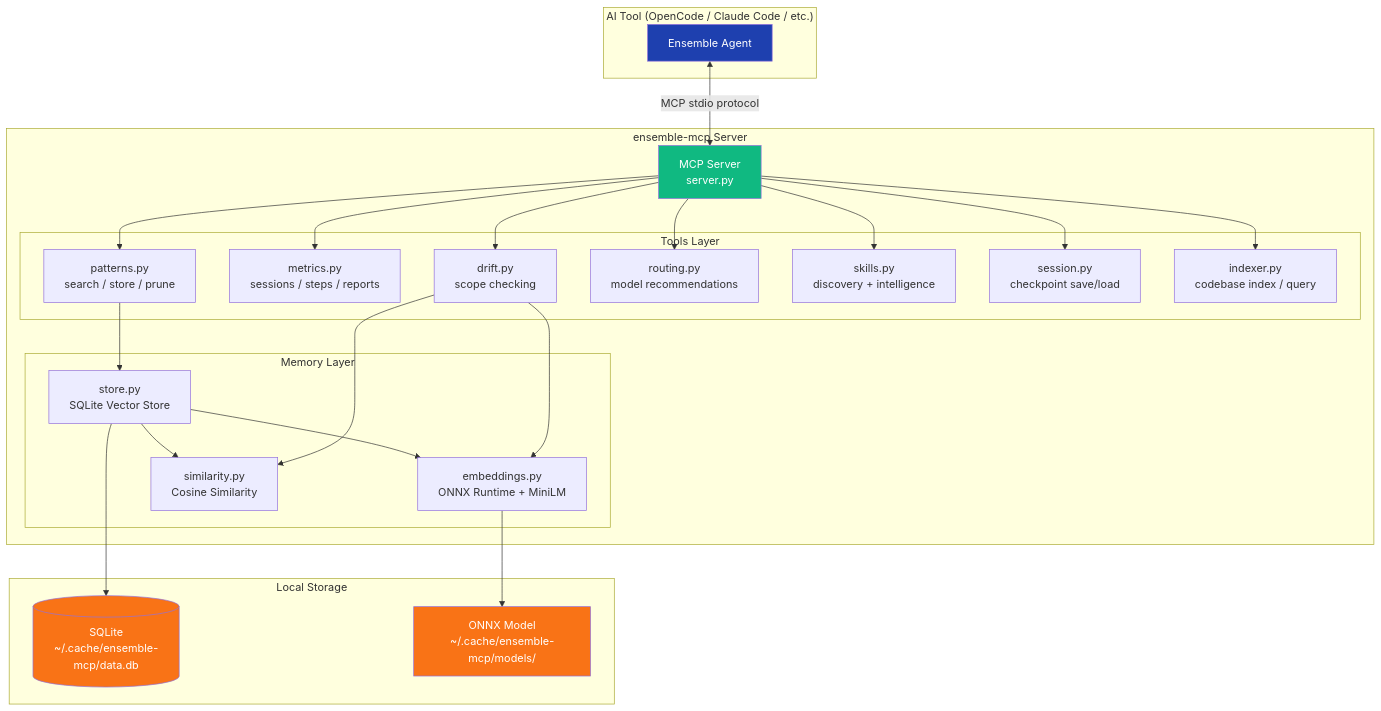
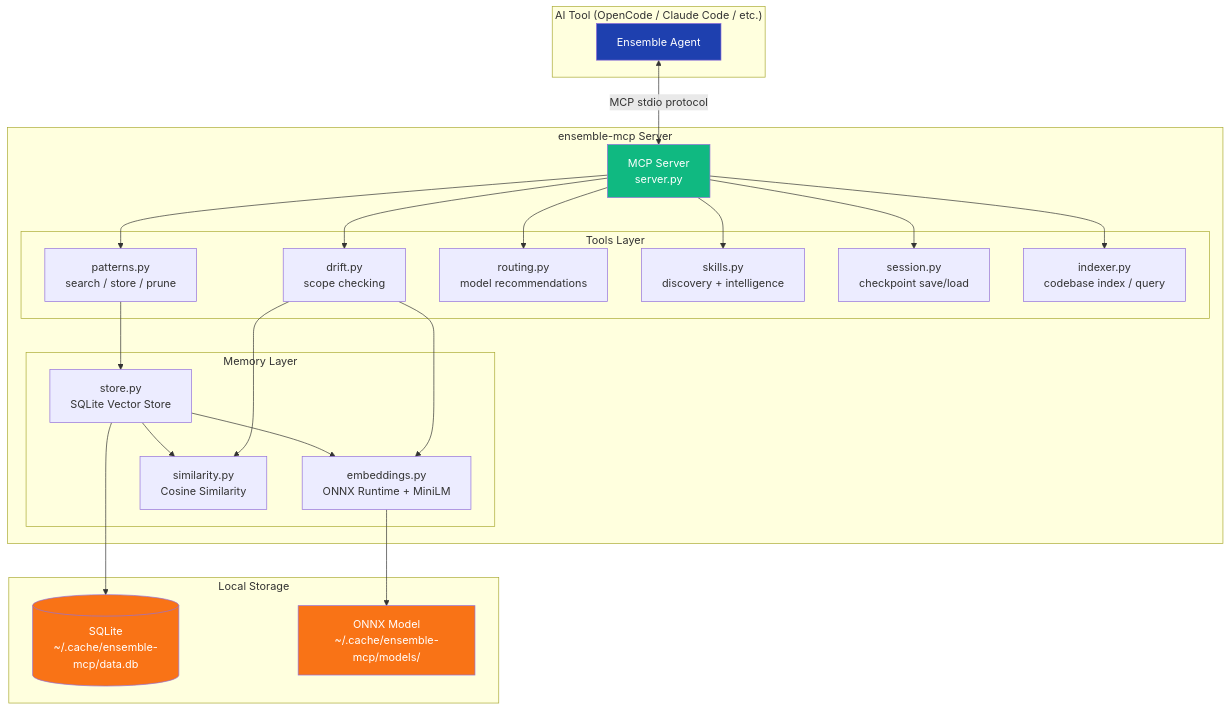
The first of 2 diagrams in docs/README.md (LynkByte/ensemble), drawn with Mermaid before and after one commit. The commit also changed other lines of this file and 44 other files, not shown here.

````diff
--- a/docs/README.md
+++ b/docs/README.md
@@ -69,46 +65,45 @@
 ```mermaid
 graph TB
     subgraph "AI Tool (OpenCode / Claude Code / etc.)"
         CAP[Ensemble Agent]
     end
 
     CAP <-->|MCP stdio protocol| SRV
 
     subgraph "ensemble-mcp Server"
         SRV[MCP Server<br/>server.py]
 
         subgraph "Tools Layer"
             T1[patterns.py<br/>search / store / prune]
-            T2[metrics.py<br/>sessions / steps / reports]
             T3[drift.py<br/>scope checking]
             T4[routing.py<br/>model recommendations]
             T5[skills.py<br/>discovery + intelligence]
             T6[session.py<br/>checkpoint save/load]
             T7[indexer.py<br/>codebase index / query]
         end
 
         subgraph "Memory Layer"
             M1[embeddings.py<br/>ONNX Runtime + MiniLM]
             M2[store.py<br/>SQLite Vector Store]
             M3[similarity.py<br/>Cosine Similarity]
         end
 
-        SRV --> T1 & T2 & T3 & T4 & T5 & T6 & T7
+        SRV --> T1 & T3 & T4 & T5 & T6 & T7
         T1 --> M2
         T3 --> M1 & M3
         M2 --> M1 & M3
     end
 
     subgraph "Local Storage"
         DB[(SQLite<br/>~/.cache/ensemble-mcp/data.db)]
         MDL[ONNX Model<br/>~/.cache/ensemble-mcp/models/]
     end
 
     M2 --> DB
     M1 --> MDL
 
     style SRV fill:#10B981,color:#fff
     style CAP fill:#1E40AF,color:#fff
     style DB fill:#F97316,color:#fff
     style MDL fill:#F97316,color:#fff
 ```
````
